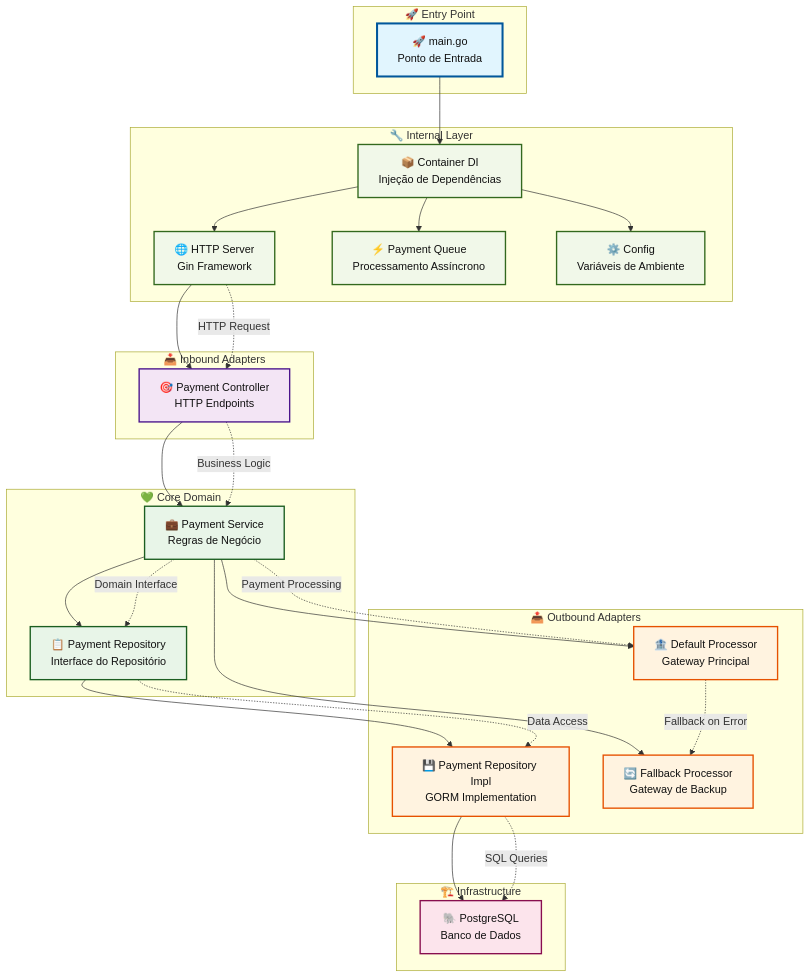
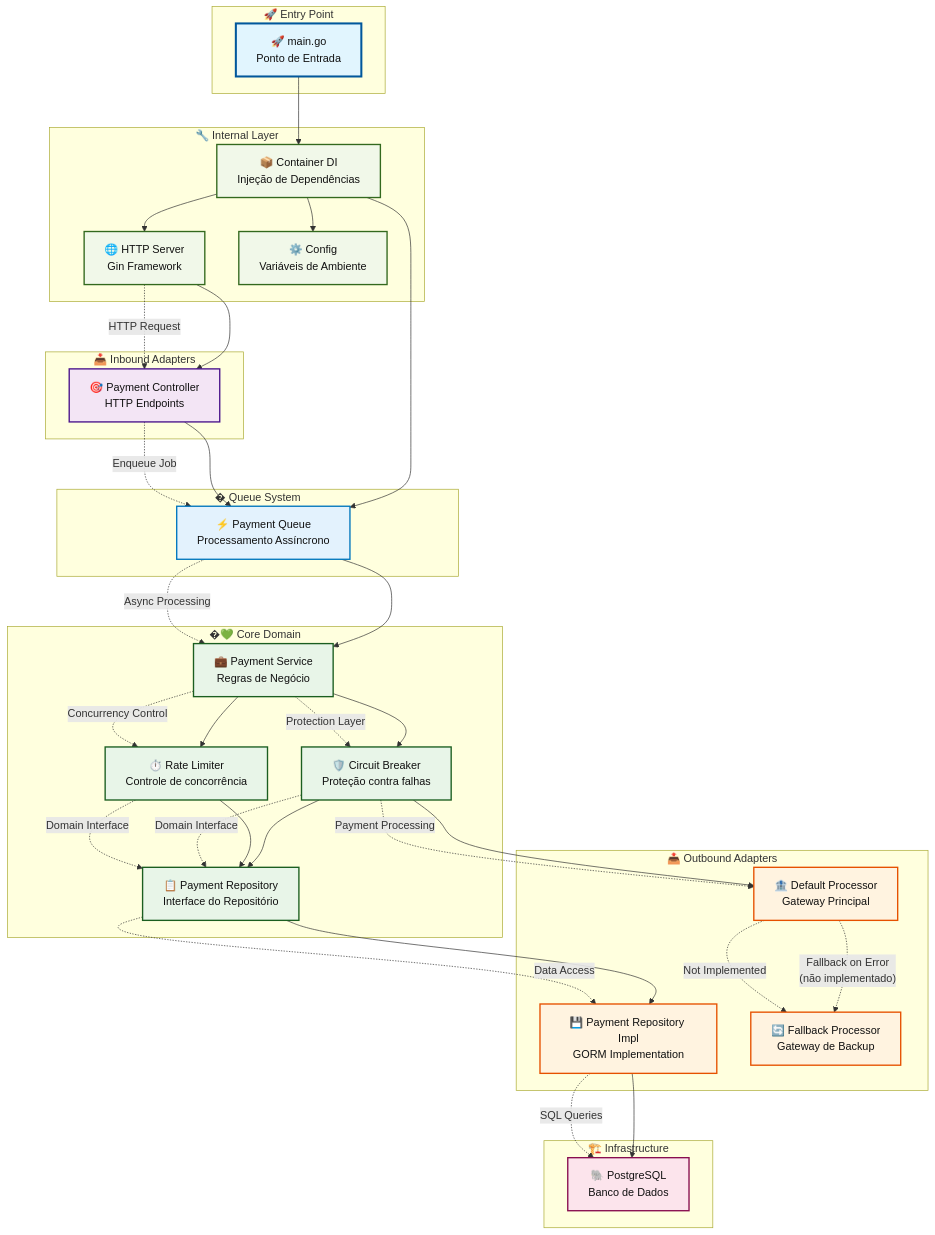
One commit to fabianoflorentino/mr-robot changed the diagram in README.md. Above: the diagram before and after it, drawn with Mermaid. The commit also changed other lines of this file, not shown here.

Commit message:
docs: update README to reflect changes in architecture and processing flow, including async queue system and protection mechanisms

````diff
--- a/README.md
+++ b/README.md
@@ -49,12 +49,13 @@
     classDef outbound fill:#fff3e0,stroke:#e65100,stroke-width:2px
     classDef infra fill:#fce4ec,stroke:#880e4f,stroke-width:2px
     classDef internal fill:#f1f8e9,stroke:#33691e,stroke-width:2px
+    classDef async fill:#e3f2fd,stroke:#0277bd,stroke-width:2px
 
     %% Forçar cor do texto preta para todos os nós
     style A color:#111,fill:#e1f5fe,stroke:#01579b,stroke-width:3px
     style B color:#111,fill:#f1f8e9,stroke:#33691e,stroke-width:2px
     style C color:#111,fill:#f1f8e9,stroke:#33691e,stroke-width:2px
-    style Q color:#111,fill:#f1f8e9,stroke:#33691e,stroke-width:2px
+    style Q color:#111,fill:#e3f2fd,stroke:#0277bd,stroke-width:2px
     style K color:#111,fill:#f1f8e9,stroke:#33691e,stroke-width:2px
     style D color:#111,fill:#f3e5f5,stroke:#4a148c,stroke-width:2px
     style E color:#111,fill:#e8f5e8,stroke:#1b5e20,stroke-width:2px
@@ -63,6 +64,8 @@
     style I color:#111,fill:#fff3e0,stroke:#e65100,stroke-width:2px
     style J color:#111,fill:#fff3e0,stroke:#e65100,stroke-width:2px
     style H color:#111,fill:#fce4ec,stroke:#880e4f,stroke-width:2px
+    style CB color:#111,fill:#e8f5e8,stroke:#1b5e20,stroke-width:2px
+    style RL color:#111,fill:#e8f5e8,stroke:#1b5e20,stroke-width:2px
 
     %% Componentes principais
     A[🚀 main.go<br/>Ponto de Entrada] --> B[📦 Container DI<br/>Injeção de Dependências]
@@ -73,18 +76,26 @@
 
     %% Fluxo HTTP
     C --> D[🎯 Payment Controller<br/>HTTP Endpoints]
-    D --> E[💼 Payment Service<br/>Regras de Negócio]
+    D --> Q
+
+    %% Processamento assíncrono via Queue
+    Q --> E[💼 Payment Service<br/>Regras de Negócio]
+
+    %% Componentes de proteção no Service
+    E --> CB[🛡️ Circuit Breaker<br/>Proteção contra falhas]
+    E --> RL[⏱️ Rate Limiter<br/>Controle de concorrência]
 
     %% Core Domain
-    E --> F[📋 Payment Repository<br/>Interface do Repositório]
+    CB --> F[📋 Payment Repository<br/>Interface do Repositório]
+    RL --> F
 
     %% Persistência
     F --> G[💾 Payment Repository Impl<br/>GORM Implementation]
     G --> H[🐘 PostgreSQL<br/>Banco de Dados]
 
-    %% Gateways de Pagamento
-    E --> I[🏦 Default Processor<br/>Gateway Principal]
-    E --> J[🔄 Fallback Processor<br/>Gateway de Backup]
+    %% Gateways de Pagamento (a implementar)
+    CB --> I[🏦 Default Processor<br/>Gateway Principal]
+    I -.->|"Fallback on Error<br/>(não implementado)"| J[🔄 Fallback Processor<br/>Gateway de Backup]
 
     %% Agrupamentos por camadas
     subgraph "🚀 Entry Point"
@@ -94,7 +105,6 @@
     subgraph "🔧 Internal Layer"
         B
         C
-        Q
         K
     end
 
@@ -102,9 +112,15 @@
         D
     end
 
-    subgraph "💚 Core Domain"
+    subgraph "� Queue System"
+        Q
+    end
+
+    subgraph "�💚 Core Domain"
         E
         F
+        CB
+        RL
     end
 
     subgraph "📤 Outbound Adapters"
@@ -120,17 +136,22 @@
     %% Aplicando estilos
     class A entrypoint
     class D inbound
-    class E,F core
+    class E,F,CB,RL core
     class G,I,J outbound
     class H infra
-    class B,C,Q,K internal
+    class B,C,K internal
+    class Q async
 
     %% Setas com labels
     C -.->|"HTTP Request"| D
-    D -.->|"Business Logic"| E
-    E -.->|"Domain Interface"| F
+    D -.->|"Enqueue Job"| Q
+    Q -.->|"Async Processing"| E
+    E -.->|"Protection Layer"| CB
+    E -.->|"Concurrency Control"| RL
+    CB -.->|"Domain Interface"| F
+    RL -.->|"Domain Interface"| F
     F -.->|"Data Access"| G
     G -.->|"SQL Queries"| H
-    E -.->|"Payment Processing"| I
-    I -.->|"Fallback on Error"| J
+    CB -.->|"Payment Processing"| I
+    I -.->|"Not Implemented"| J
 ```
````
